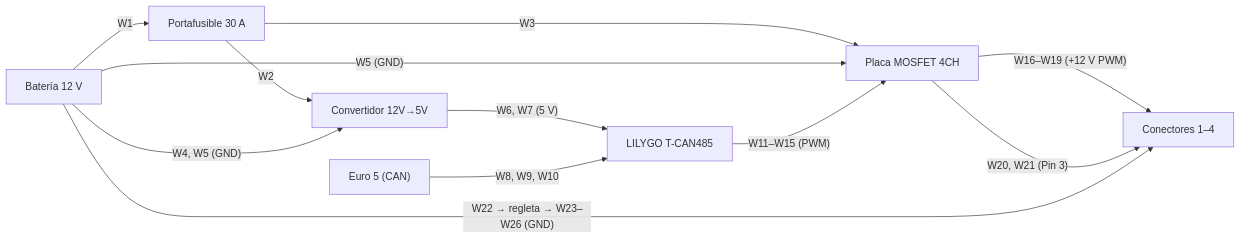
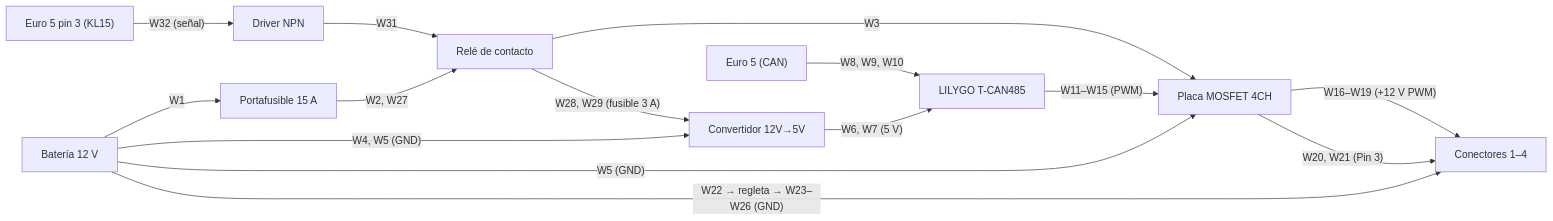
The diagram in EsquematicoConexiones.md (EduRestrepo/KTM-Bus), drawn with Mermaid before and after one commit. The commit also changed other lines of this file and 21 other files, not shown here.

Commit message:
Revision electrica: rele de contacto + fusibles 15/3/5A, firmware (timeout CAN, sniffer, rampa, test, config web), docs y diagramas

````diff
--- a/EsquematicoConexiones.md
+++ b/EsquematicoConexiones.md
@@ -97,14 +116,17 @@
 ```mermaid
 graph LR
-    BAT["Batería 12 V"] -->|W1| FUSE["Portafusible 30 A"]
-    FUSE -->|W2| DCDC["Convertidor 12V→5V"]
-    FUSE -->|W3| MOS["Placa MOSFET 4CH"]
+    BAT["Batería 12 V"] -->|W1| FUSE["Portafusible 15 A"]
+    FUSE -->|"W2, W27"| REL["Relé de contacto"]
+    EURO3["Euro 5 pin 3 (KL15)"] -->|"W32 (señal)"| DRV["Driver NPN"]
+    DRV -->|W31| REL
+    REL -->|W3| MOS["Placa MOSFET 4CH"]
+    REL -->|"W28, W29 (fusible 3 A)"| DCDC["Convertidor 12V→5V"]
     BAT -->|"W4, W5 (GND)"| DCDC
     BAT -->|"W5 (GND)"| MOS
     DCDC -->|"W6, W7 (5 V)"| LILY["LILYGO T-CAN485"]
     EURO5["Euro 5 (CAN)"] -->|"W8, W9, W10"| LILY
     LILY -->|"W11–W15 (PWM)"| MOS
     MOS -->|"W16–W19 (+12 V PWM)"| CON["Conectores 1–4"]
     MOS -->|"W20, W21 (Pin 3)"| CON
     BAT -->|"W22 → regleta → W23–W26 (GND)"| CON
 ```
````
